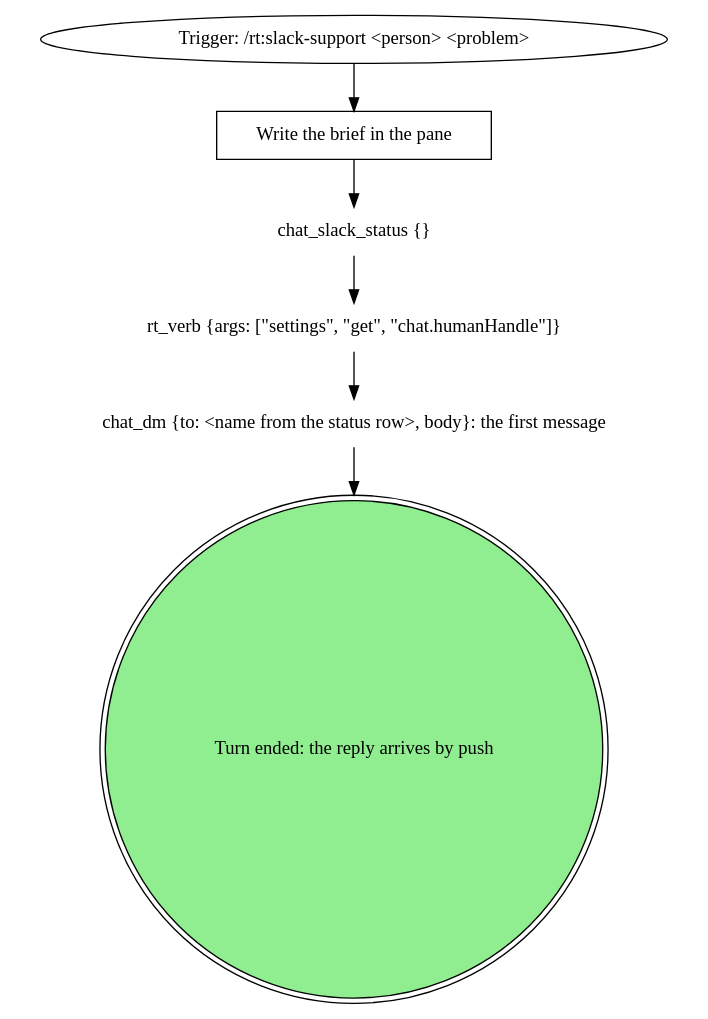
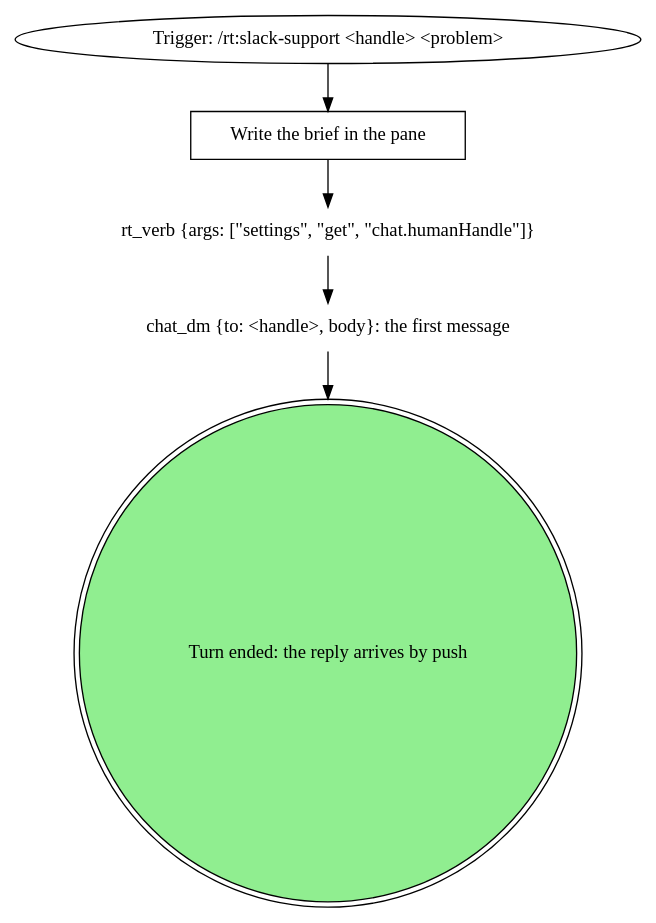
One commit to m4ttstack/mattstack changed the first of 2 diagrams in skills/rt-slack-support/SKILL.md. Above: the diagram before and after it, drawn with Graphviz. The commit also changed other lines of this file, not shown here.

Commit message:
skills: route the operator's messages in rt:slack-support and take the teammate's handle

````diff
--- a/skills/rt-slack-support/SKILL.md
+++ b/skills/rt-slack-support/SKILL.md
@@ -50,18 +53,16 @@
 ```dot
 digraph slack_support_open {
     rankdir=TB;
 
-    trigger [label="Trigger: /rt:slack-support <person> <problem>" shape=ellipse];
+    trigger [label="Trigger: /rt:slack-support <handle> <problem>" shape=ellipse];
     write_brief [label="Write the brief in the pane" shape=box];
-    chat_slack_status [label="chat_slack_status {}" shape=plaintext];
     rt_verb_handle [label="rt_verb {args: [\"settings\", \"get\", \"chat.humanHandle\"]}" shape=plaintext];
-    chat_dm_first [label="chat_dm {to: <name from the status row>, body}: the first message" shape=plaintext];
+    chat_dm_first [label="chat_dm {to: <handle>, body}: the first message" shape=plaintext];
     waiting_first [label="Turn ended: the reply arrives by push" shape=doublecircle style=filled fillcolor=lightgreen];
 
     trigger -> write_brief;
-    write_brief -> chat_slack_status;
-    chat_slack_status -> rt_verb_handle;
+    write_brief -> rt_verb_handle;
     rt_verb_handle -> chat_dm_first;
     chat_dm_first -> waiting_first;
 }
 ```
````
